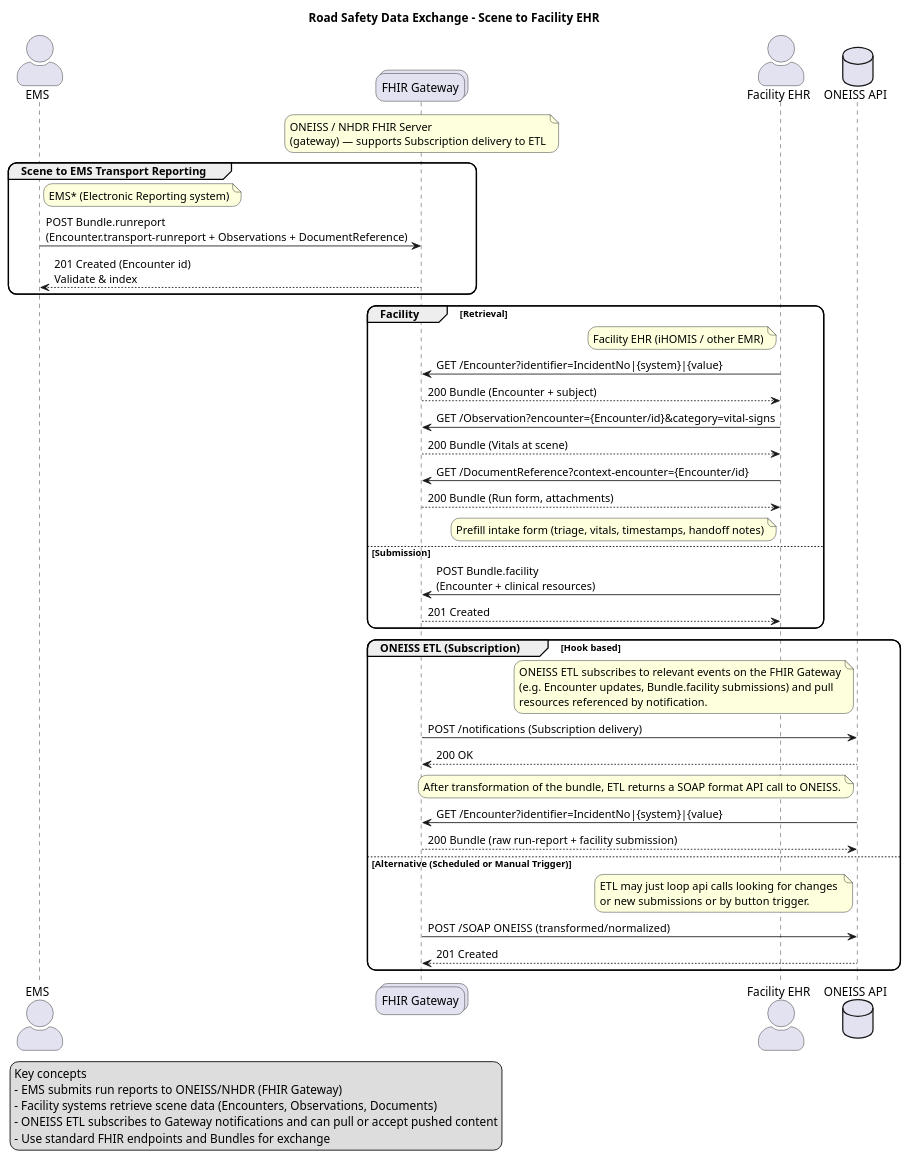
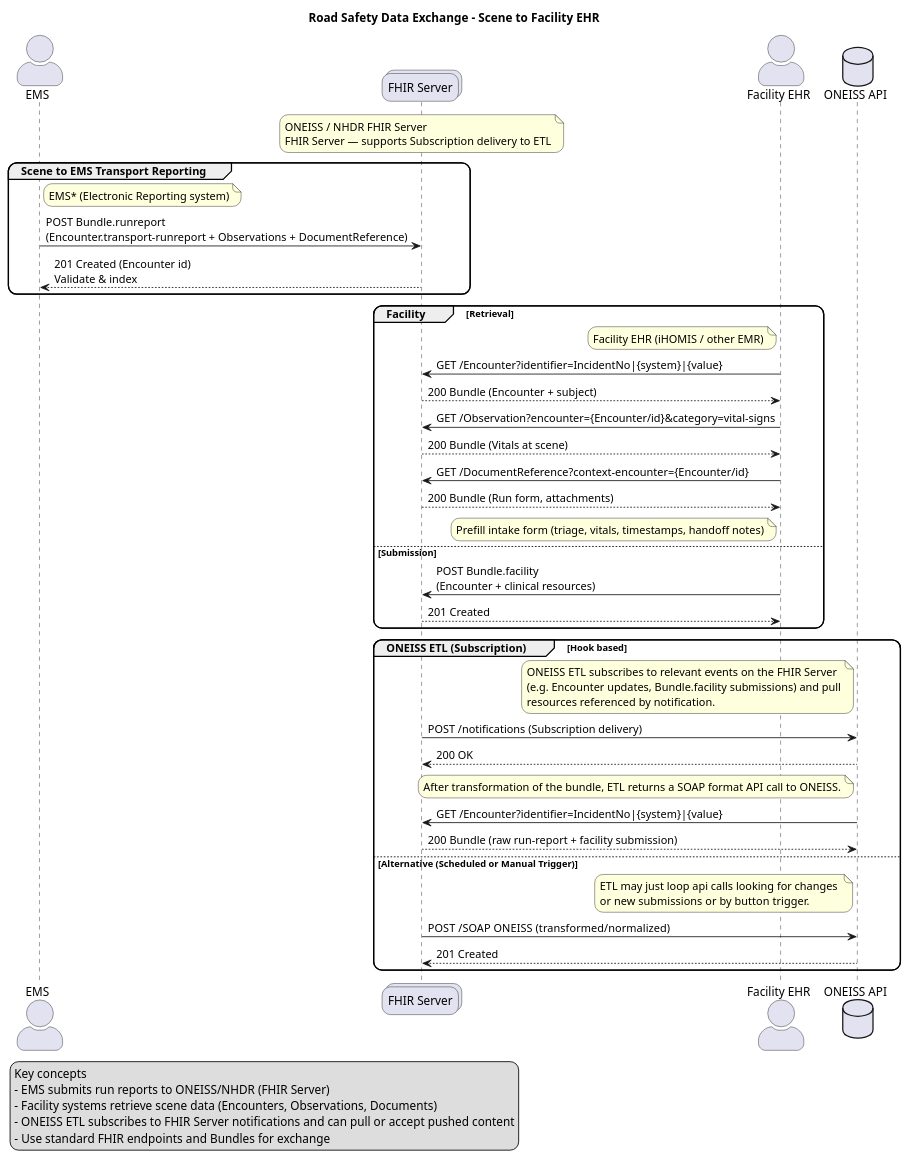
Before and after one commit to UPM-NTHC/PH-RoadSafetyIG: the diagram in input/images-source/intro-1b-ems-emr.plantuml, drawn with PlantUML. The commit also changed 6 other files, not shown here.

First line of the commit message:
docs(plantuml): rename Gateway to FHIR Server in intro diagrams

```diff
--- a/input/images-source/intro-1b-ems-emr.plantuml
+++ b/input/images-source/intro-1b-ems-emr.plantuml
@@ -1,82 +1,82 @@
 @startuml
 title Road Safety Data Exchange - Scene to Facility EHR
 skinparam actorStyle awesome
 skinparam roundcorner 20
 actor EMS
-collections FHIR as "FHIR Gateway"
+collections FHIR as "FHIR Server"
 actor EHR as "Facility EHR"
 database ETL as "ONEISS API"
 
 
 note over FHIR
 ONEISS / NHDR FHIR Server
-(gateway) — supports Subscription delivery to ETL
+FHIR Server — supports Subscription delivery to ETL
 end note
 
 
 group Scene to EMS Transport Reporting
     note right of EMS
     EMS* (Electronic Reporting system)
     end note
 
     EMS -> FHIR : POST Bundle.runreport\n(Encounter.transport-runreport + Observations + DocumentReference)
     FHIR --> EMS : 201 Created (Encounter id)\nValidate & index
 end
 
 group Facility [Retrieval]
     note left of EHR
     Facility EHR (iHOMIS / other EMR)
     end note
 
     EHR -> FHIR : GET /Encounter?identifier=IncidentNo|{system}|{value}
     FHIR --> EHR : 200 Bundle (Encounter + subject)
 
     EHR -> FHIR : GET /Observation?encounter={Encounter/id}&category=vital-signs
     FHIR --> EHR : 200 Bundle (Vitals at scene)
 
     EHR -> FHIR : GET /DocumentReference?context-encounter={Encounter/id}
     FHIR --> EHR : 200 Bundle (Run form, attachments)
 
     note left of EHR
     Prefill intake form (triage, vitals, timestamps, handoff notes)
     end note
 
 else Submission
     EHR -> FHIR : POST Bundle.facility\n(Encounter + clinical resources)
     FHIR --> EHR : 201 Created
 end
 
 group ONEISS ETL (Subscription) [Hook based]
     note left of ETL
-    ONEISS ETL subscribes to relevant events on the FHIR Gateway
+    ONEISS ETL subscribes to relevant events on the FHIR Server
     (e.g. Encounter updates, Bundle.facility submissions) and pull
     resources referenced by notification. 
     end note
 
     FHIR -> ETL : POST /notifications (Subscription delivery)
     ETL --> FHIR : 200 OK
 
     note left of ETL
     After transformation of the bundle, ETL returns a SOAP format API call to ONEISS.
     end note
     ETL -> FHIR : GET /Encounter?identifier=IncidentNo|{system}|{value}
     FHIR --> ETL : 200 Bundle (raw run-report + facility submission)
 
 else Alternative (Scheduled or Manual Trigger)
     note left of ETL
     ETL may just loop api calls looking for changes 
     or new submissions or by button trigger.
     end note
     FHIR -> ETL : POST /SOAP ONEISS  (transformed/normalized)
     ETL --> FHIR : 201 Created
 end
 
 legend left
 Key concepts
-- EMS submits run reports to ONEISS/NHDR (FHIR Gateway)
+- EMS submits run reports to ONEISS/NHDR (FHIR Server)
 - Facility systems retrieve scene data (Encounters, Observations, Documents)
-- ONEISS ETL subscribes to Gateway notifications and can pull or accept pushed content
+- ONEISS ETL subscribes to FHIR Server notifications and can pull or accept pushed content
 - Use standard FHIR endpoints and Bundles for exchange
 endlegend
 
 @enduml
```
